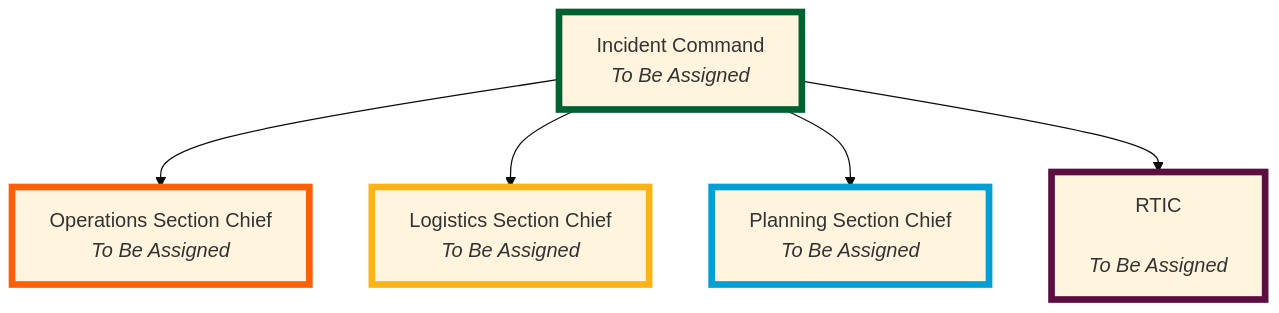
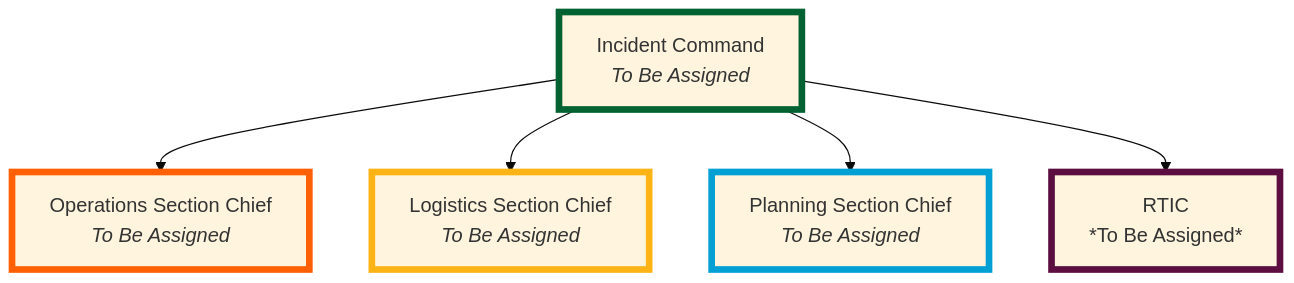
One commit to jasonheimbaugh/EMMA changed the diagram in data/md/template/ics/ics-207.md. Above: the diagram before and after it, drawn with Mermaid (base theme). The commit also changed 1 other file, not shown here.

Commit message:
ICS 207: non-breaking space character for RTIC's blank line

````diff
--- a/data/md/template/ics/ics-207.md
+++ b/data/md/template/ics/ics-207.md
@@ -3,31 +3,31 @@
 ```mermaid
 flowchart TB
     ic["`Incident Command
     *To Be Assigned*`"]
     ops["`Operations Section Chief
     *To Be Assigned*`"]
     log["`Logistics Section Chief
     *To Be Assigned*`"]
     plan["`Planning Section Chief
     *To Be Assigned*`"]
     rtic["`RTIC
-    #nbsp;
+     
     *To Be Assigned*`"]
 
     ic --> ops
     ic --> log
     ic --> plan
     ic --> rtic
 
     classDef prairie stroke:#006230,stroke-width:4pt
     classDef orange stroke:#ff5f05,stroke-width:4pt
     classDef harvest stroke:#fcb316,stroke-width:4pt
     classDef arches stroke:#009fd4,stroke-width:4pt
     classDef berry stroke:#5c0e41,stroke-width:4pt
 
     class ic prairie
     class ops orange
     class log harvest
     class plan arches
     class rtic berry
 ```
````
